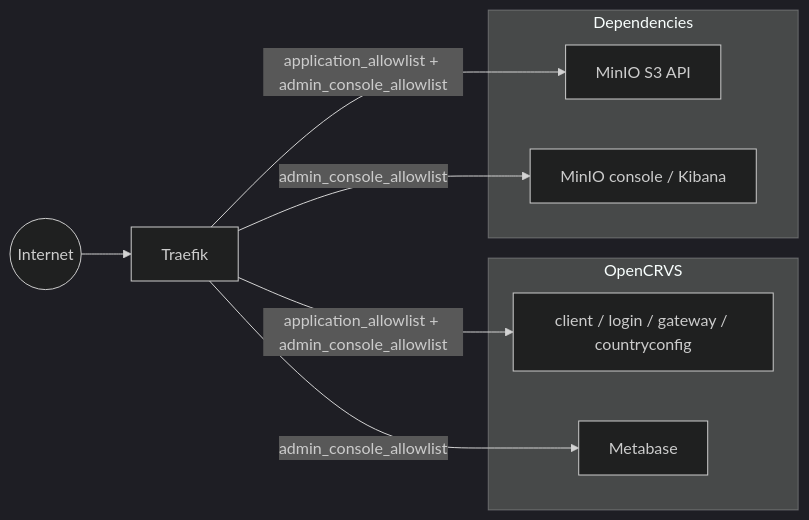
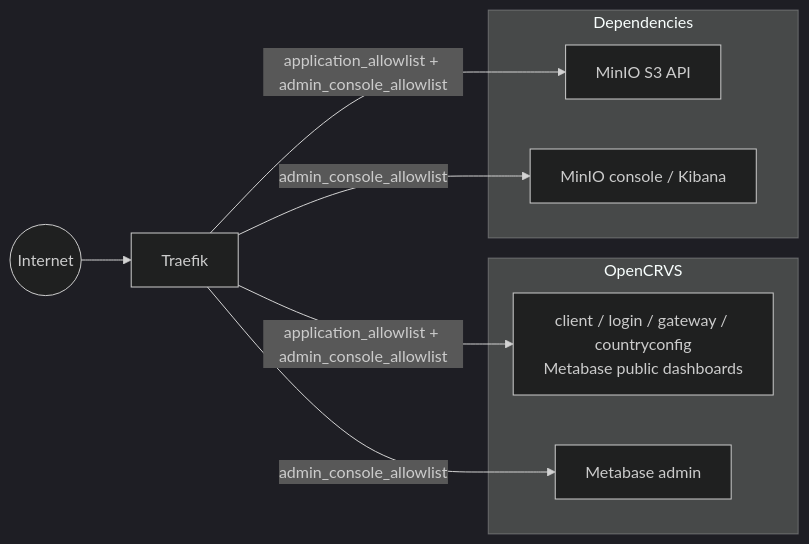
Before and after one commit to opencrvs/documentation: the diagram in v2.1.0/technical/guides/installation/advanced-topics/ip-allowlisting.md, drawn with Mermaid (dark theme). The commit also changed other lines of this file and 5 other files, not shown here.

````diff
--- a/v2.1.0/technical/guides/installation/advanced-topics/ip-allowlisting.md
+++ b/v2.1.0/technical/guides/installation/advanced-topics/ip-allowlisting.md
@@ -24,19 +29,19 @@
 ```mermaid
 flowchart LR
     I((Internet)) --> T[Traefik]
 
     subgraph SVC["OpenCRVS"]
-        APP["client / login / gateway / countryconfig"]
-        DASH["Metabase"]
+        APP["client / login / gateway / countryconfig<br/>Metabase public dashboards"]
+        DASH["Metabase admin"]
     end
 
     subgraph DEP["Dependencies"]
         MINIO["MinIO S3 API"]
         CONS["MinIO console / Kibana"]
     end
 
     T -->|"application_allowlist + admin_console_allowlist"| APP
     T -->|"admin_console_allowlist"| DASH
     T -->|"application_allowlist + admin_console_allowlist"| MINIO
     T -->|"admin_console_allowlist"| CONS
 ```
````
